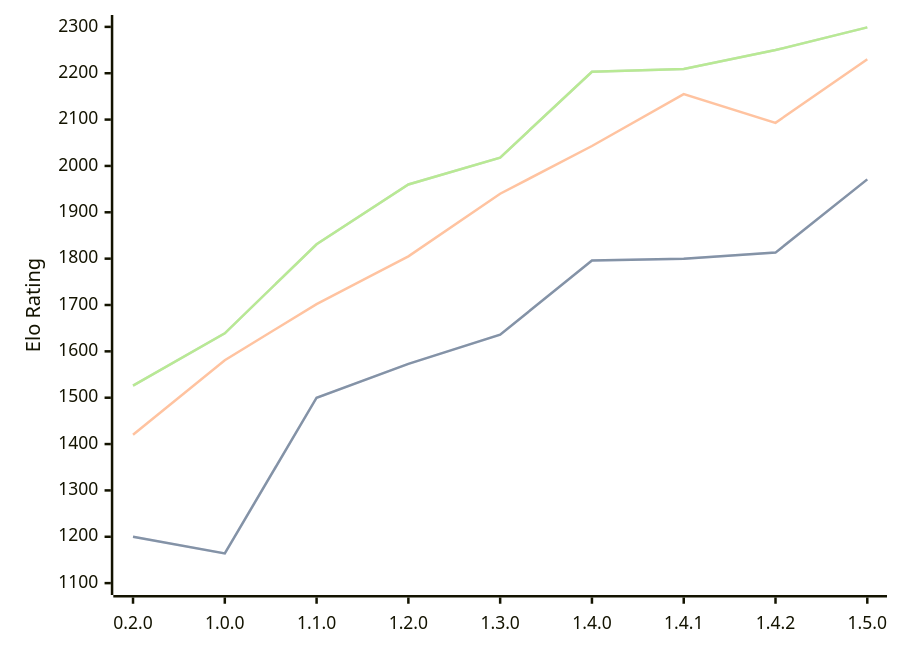
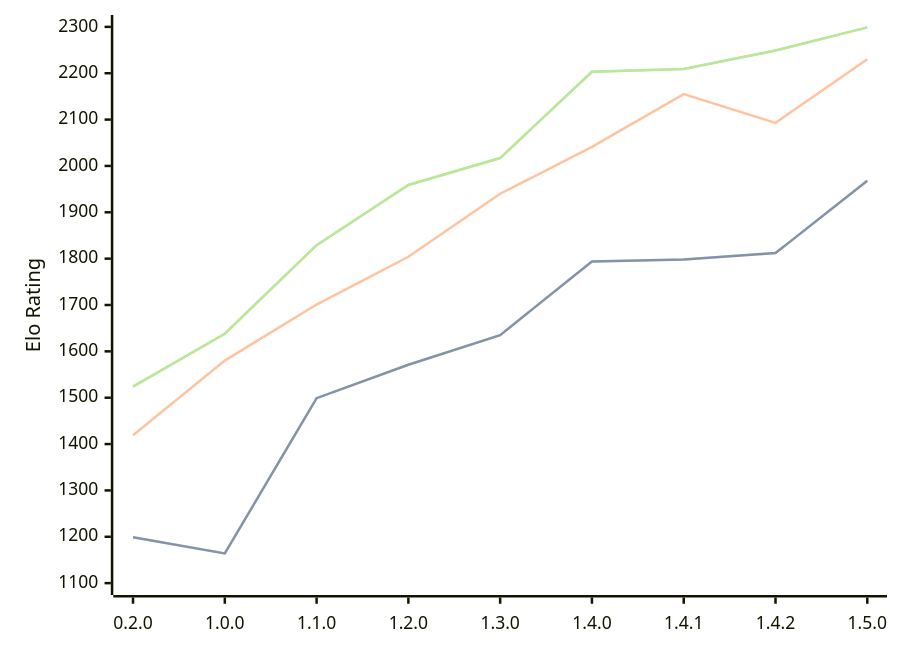
One commit to computer-chess-index/cci changed the diagram in engines/Zeppelin.md. Above: the diagram before and after it, drawn with Mermaid. The commit also changed other lines of this file, not shown here.

Commit message:
Update CCI Ratings (ELO VLTC) - 2026-04-17

````diff
--- a/engines/Zeppelin.md
+++ b/engines/Zeppelin.md
@@ -41,11 +41,11 @@
 ```mermaid
 %%{init: {"theme":"base","themeVariables":{"seriesColors:['#a3a3a3','#222221','#faa371']}}}%%
 xychart-beta
   x-axis ["0.2.0", "1.0.0", "1.1.0", "1.2.0", "1.3.0", "1.4.0", "1.4.1", "1.4.2", "1.5.0"]
   y-axis "Elo Rating" 1100 --> 2300
-  line "STC (8.0+0.08s)" [1200, 1164, 1500, 1573, 1636, 1796, 1800, 1813, 1971]
-  line "STC (8.0+0.08s)" [1200, 1164, 1500, 1573, 1636, 1796, 1800, 1813, 1971]
-  line "LTC (60.0+0.60s)" [1420, 1581, 1702, 1805, 1940, 2043, 2155, 2093, 2230]
-  line "VLTC (2m24s+1.12s)" [1526, 1639, 1831, 1960, 2018, 2203, 2209, 2250, 2299]
-  line "VLTC (2m24s+1.12s)" [1526, 1639, 1831, 1960, 2018, 2203, 2209, 2250, 2299]
+  line "STC (8.0+0.08s)" [1199, 1164, 1499, 1571, 1635, 1794, 1798, 1812, 1968]
+  line "STC (8.0+0.08s)" [1199, 1164, 1499, 1571, 1635, 1794, 1798, 1812, 1968]
+  line "LTC (60.0+0.60s)" [1419, 1580, 1701, 1804, 1940, 2041, 2155, 2093, 2230]
+  line "VLTC (2m24s+1.12s)" [1524, 1638, 1829, 1959, 2017, 2203, 2209, 2249, 2299]
+  line "VLTC (2m24s+1.12s)" [1524, 1638, 1829, 1959, 2017, 2203, 2209, 2249, 2299]
 ```
````
